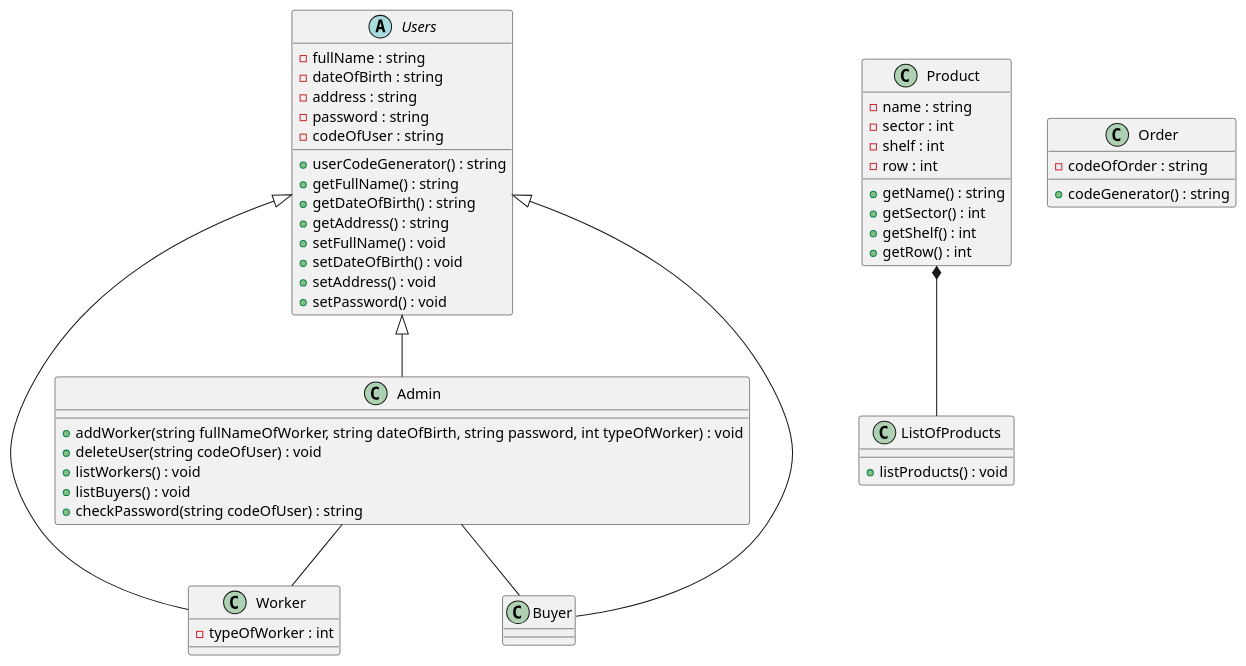
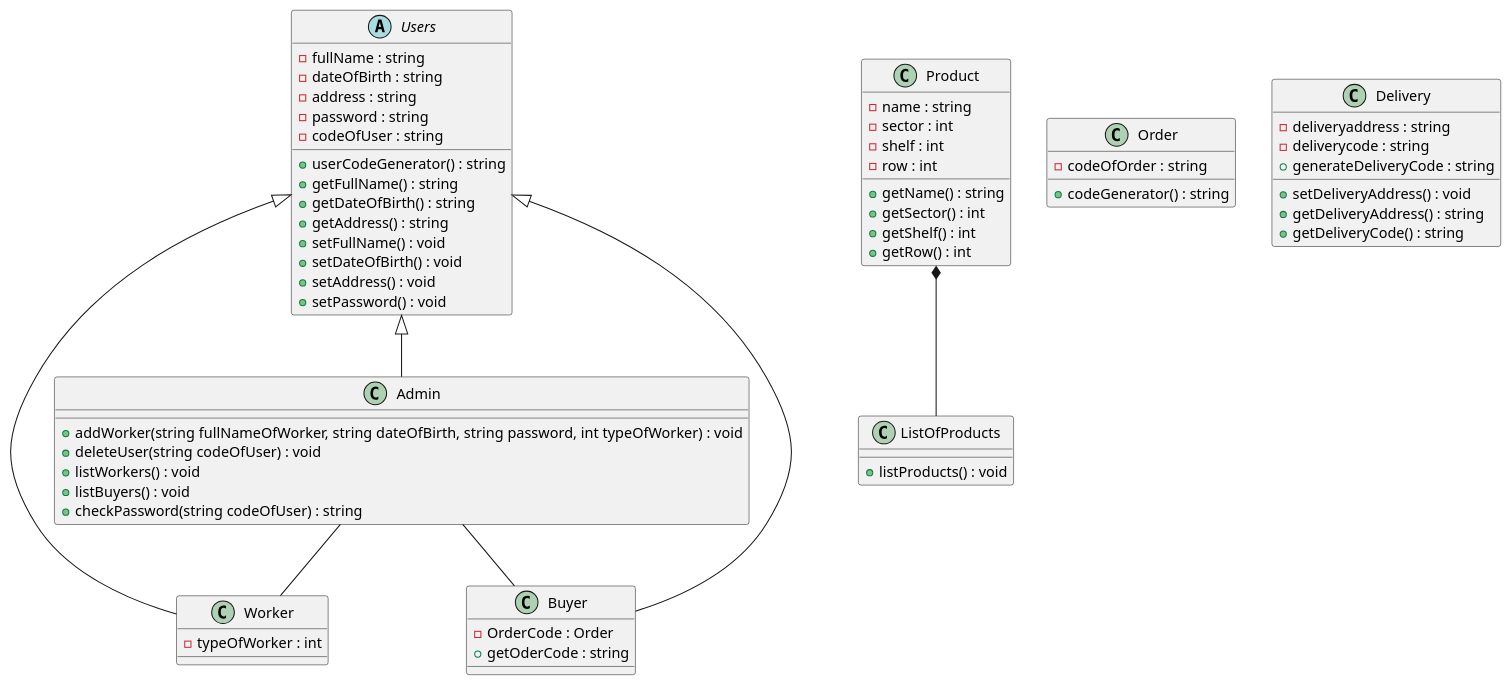
One commit to Leves01/Szoftvertechnologia changed the diagram in classmeghatarozas.wsd. Above: the diagram before and after it, drawn with PlantUML.

Commit message:
Update classmeghatarozas.wsd
Donát egy hatalmas búza

```diff
--- a/classmeghatarozas.wsd
+++ b/classmeghatarozas.wsd
@@ -1,77 +1,91 @@
 @startuml classmeghatarozas
 
 'Classok a programon belül
 
 abstract class Users {
     -fullName : string
     -dateOfBirth : string
     -address : string
     -password : string
     -codeOfUser : string
     '4 karakterből álló generátor
     +userCodeGenerator() : string
     +getFullName() : string
     +getDateOfBirth() : string
     +getAddress() : string
     +setFullName() : void
     +setDateOfBirth() : void
     +setAddress() : void
     +setPassword() : void
+
 }
 
 class Admin {
     +addWorker(string fullNameOfWorker, string dateOfBirth, string password, int typeOfWorker) : void
     +deleteUser(string codeOfUser) : void
     +listWorkers() : void
     +listBuyers() : void
     +checkPassword(string codeOfUser) : string
 }
 
 class Worker {
     -typeOfWorker : int
 }
 
 class Buyer {
-    
-}
+    -OrderCode : Order
+    +getOderCode : string
+
+   
+}  
 
 class Product {
     -name : string
     -sector : int
     -shelf : int
     -row : int
     +getName() : string
     +getSector() : int
     +getShelf() : int
     +getRow() : int 
 }
 
 class Order {
     'legenerált random kód
     -codeOfOrder : string
     '8 karakterből álló random kód
     +codeGenerator() : string
 
 }
 
 class ListOfProducts {
     +listProducts() : void
 }
 
 ' class ListOfWorkers {
 '     #listOfWorkers[] : Worker
 '     +listWorkers() : void
 ' }
 
+class Delivery {
+    - deliveryaddress : string
+    - deliverycode : string
+    +setDeliveryAddress() : void
+    +generateDeliveryCode : string
+    +getDeliveryAddress() : string
+    +getDeliveryCode() : string
+
+}
+
 ' Kapcsolodasok a classok kozott
 
 Users <|-- Admin
 Users <|-- Worker
 Users <|-- Buyer
 
 Admin -- Worker
 Admin -- Buyer
 
 Product *-- ListOfProducts
 
 @enduml
```
